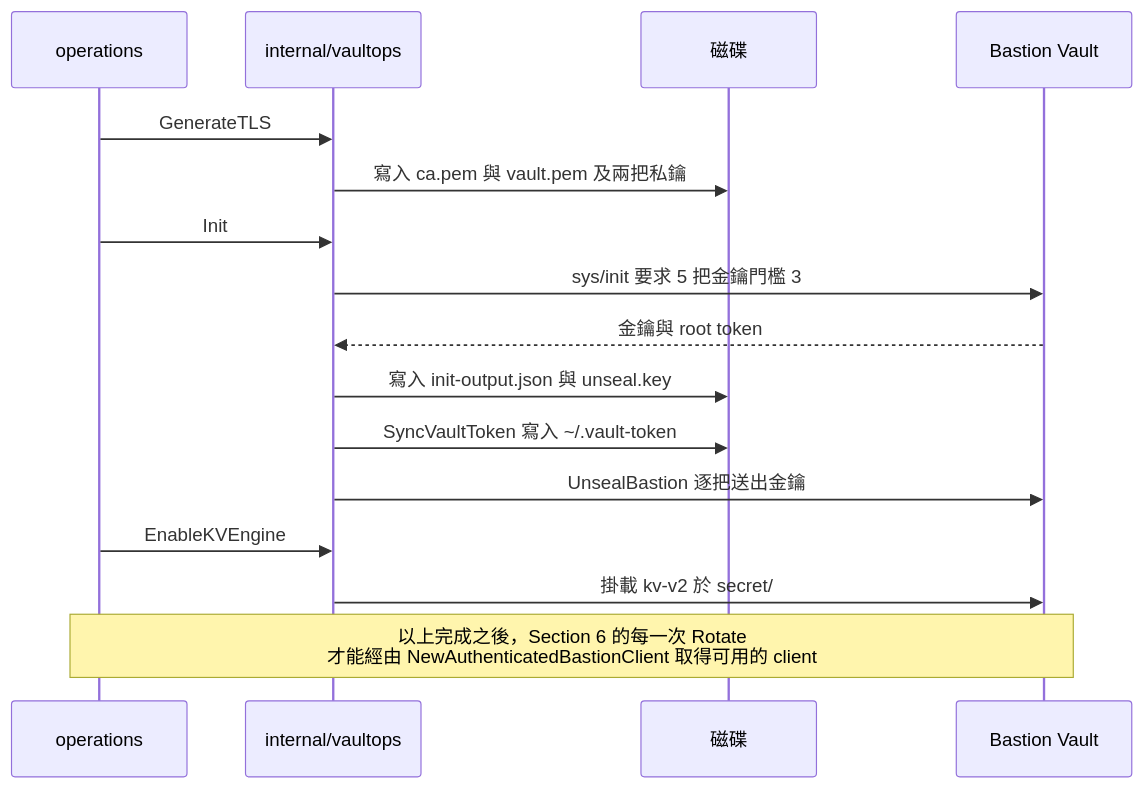
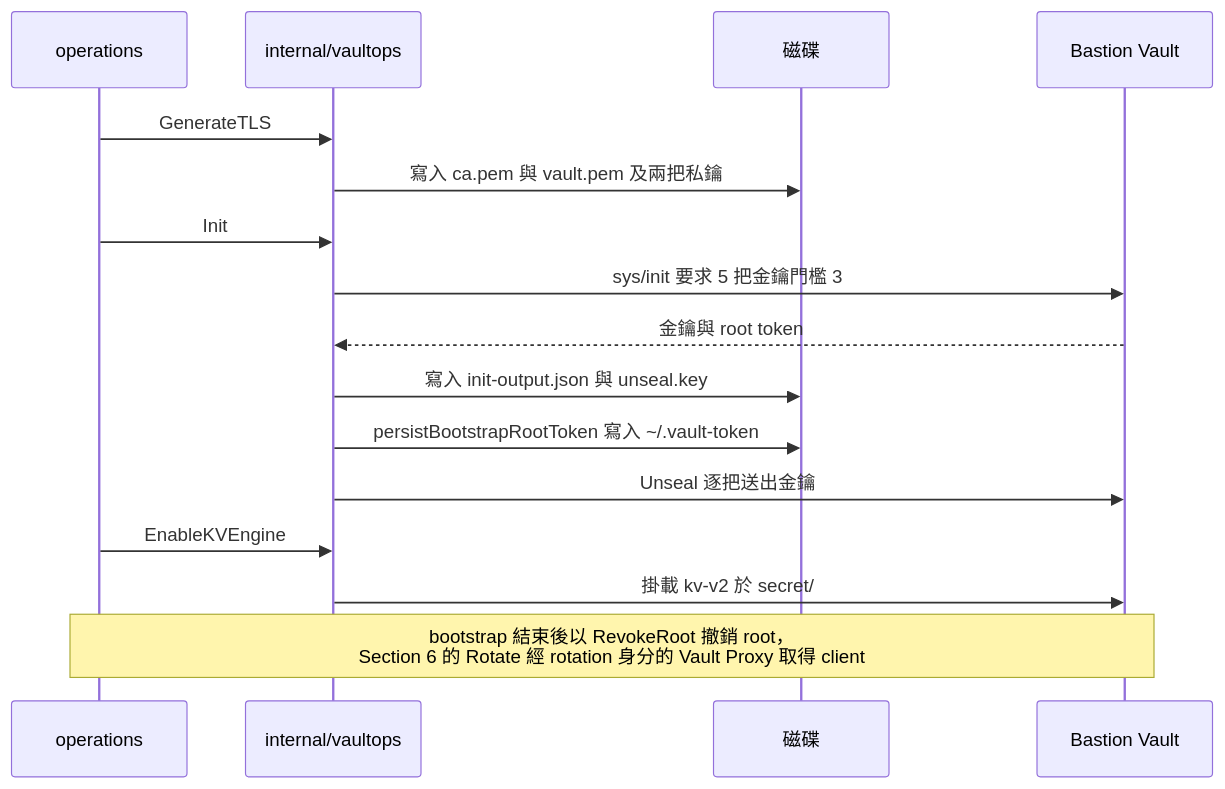
The third of 3 diagrams in tools/governance/README.md (csning1998/parent-group-governance), drawn with Mermaid before and after one commit. The commit also changed other lines of this file and 44 other files, not shown here.

````diff
--- a/tools/governance/README.md
+++ b/tools/governance/README.md
@@ -649,22 +637,22 @@
 ```mermaid
 sequenceDiagram
     participant Op as operations
     participant VaultOps as internal/vaultops
     participant Disk as 磁碟
     participant Vault as Bastion Vault
 
     Op->>VaultOps: GenerateTLS
     VaultOps->>Disk: 寫入 ca.pem 與 vault.pem 及兩把私鑰
 
     Op->>VaultOps: Init
     VaultOps->>Vault: sys/init 要求 5 把金鑰門檻 3
     Vault-->>VaultOps: 金鑰與 root token
     VaultOps->>Disk: 寫入 init-output.json 與 unseal.key
-    VaultOps->>Disk: SyncVaultToken 寫入 ~/.vault-token
-    VaultOps->>Vault: UnsealBastion 逐把送出金鑰
+    VaultOps->>Disk: persistBootstrapRootToken 寫入 ~/.vault-token
+    VaultOps->>Vault: Unseal 逐把送出金鑰
 
     Op->>VaultOps: EnableKVEngine
     VaultOps->>Vault: 掛載 kv-v2 於 secret/
 
-    Note over Op,Vault: 以上完成之後，Section 6 的每一次 Rotate<br/>才能經由 NewAuthenticatedBastionClient 取得可用的 client
+    Note over Op,Vault: bootstrap 結束後以 RevokeRoot 撤銷 root，<br/>Section 6 的 Rotate 經 rotation 身分的 Vault Proxy 取得 client
 ```
````
